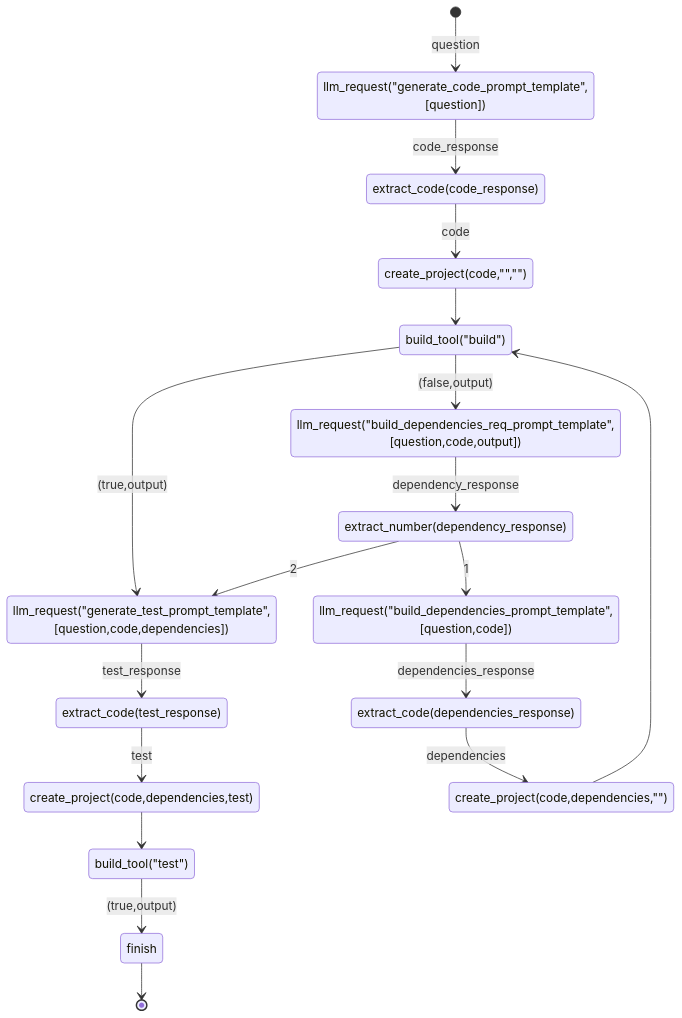
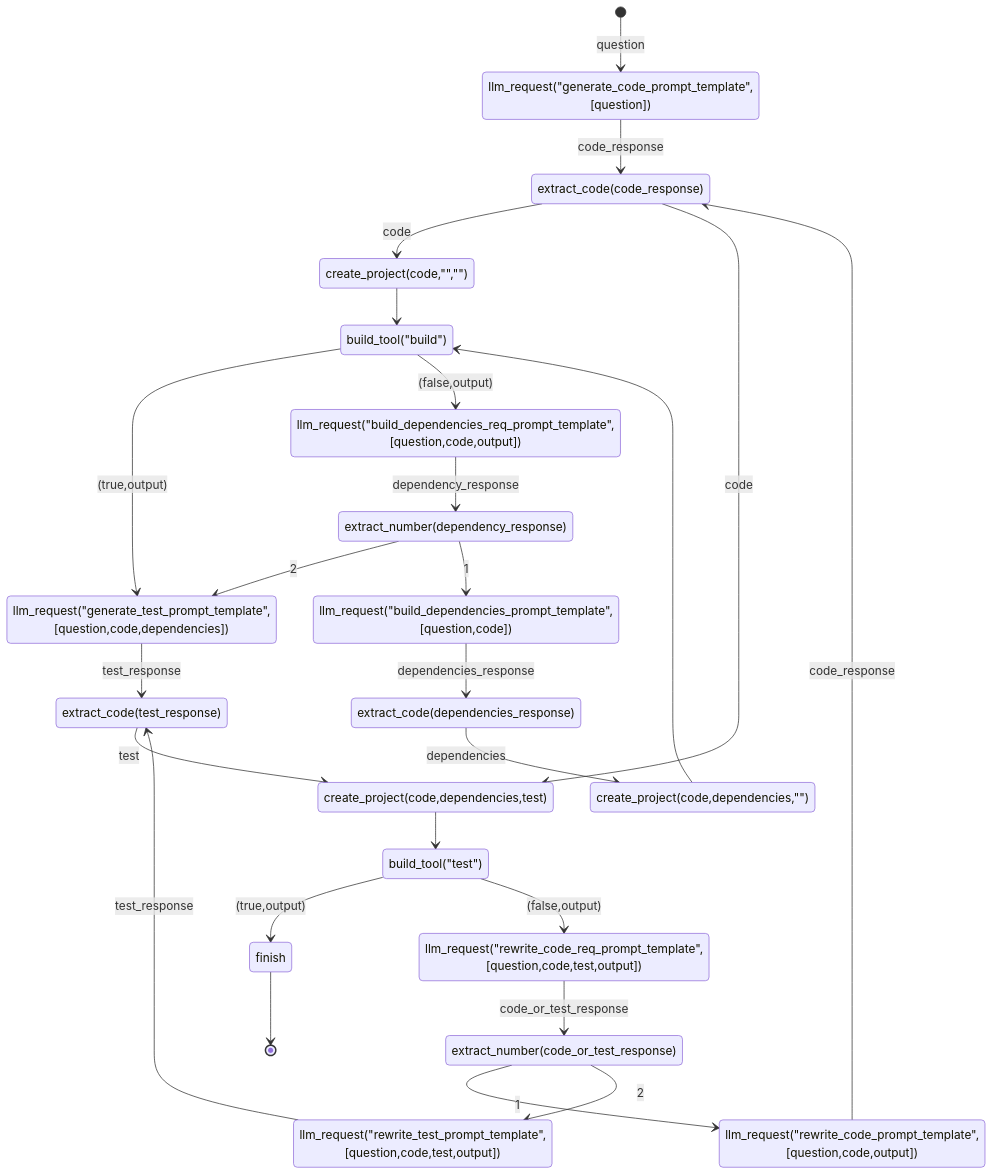
One commit to rizgan/LLM-Logic-Exec-Verify changed the diagram in state.md. Above: the diagram before and after it, drawn with Mermaid. The commit also changed 1 other file, not shown here.

Commit message:
state_machine

````diff
--- a/state.md
+++ b/state.md
@@ -1,20 +1,27 @@
 ```mermaid
 stateDiagram
 [*] --> llm_request("generate_code_prompt_template",[question]) : question
 llm_request("generate_code_prompt_template",[question]) --> extract_code(code_response) : code_response
 extract_code(code_response) --> create_project(code,"","") : code
 create_project(code,"","") --> build_tool("build")
 create_project(code,dependencies,"") --> build_tool("build")
 create_project(code,dependencies,test) --> build_tool("test")
 build_tool("test") --> finish : (true,output)
+build_tool("test") --> llm_request("rewrite_code_req_prompt_template",[question,code,test,output]) : (false,output)
+llm_request("rewrite_code_req_prompt_template",[question,code,test,output]) --> extract_number(code_or_test_response) : code_or_test_response
+extract_number(code_or_test_response) --> llm_request("rewrite_code_prompt_template",[question,code,output]) : 1
+extract_number(code_or_test_response) --> llm_request("rewrite_test_prompt_template",[question,code,test,output]) : 2
+llm_request("rewrite_test_prompt_template",[question,code,test,output]) --> extract_code(test_response) : test_response
+llm_request("rewrite_code_prompt_template",[question,code,output]) --> extract_code(code_response) : code_response
+extract_code(code_response) --> create_project(code,dependencies,test) : code
 build_tool("build") --> llm_request("generate_test_prompt_template",[question,code,dependencies]) : (true,output) 
 build_tool("build") --> llm_request("build_dependencies_req_prompt_template",[question,code,output]) : (false,output) 
 llm_request("build_dependencies_req_prompt_template",[question,code,output])  --> extract_number(dependency_response) : dependency_response
 extract_number(dependency_response) --> llm_request("generate_test_prompt_template",[question,code,dependencies]) : 2
 extract_number(dependency_response) --> llm_request("build_dependencies_prompt_template",[question,code]) : 1
 llm_request("build_dependencies_prompt_template",[question,code]) --> extract_code(dependencies_response) : dependencies_response
 extract_code(dependencies_response) --> create_project(code,dependencies,"") : dependencies 
 llm_request("generate_test_prompt_template",[question,code,dependencies]) --> extract_code(test_response) : test_response
 extract_code(test_response) --> create_project(code,dependencies,test) : test
 finish --> [*]
 ```
````
